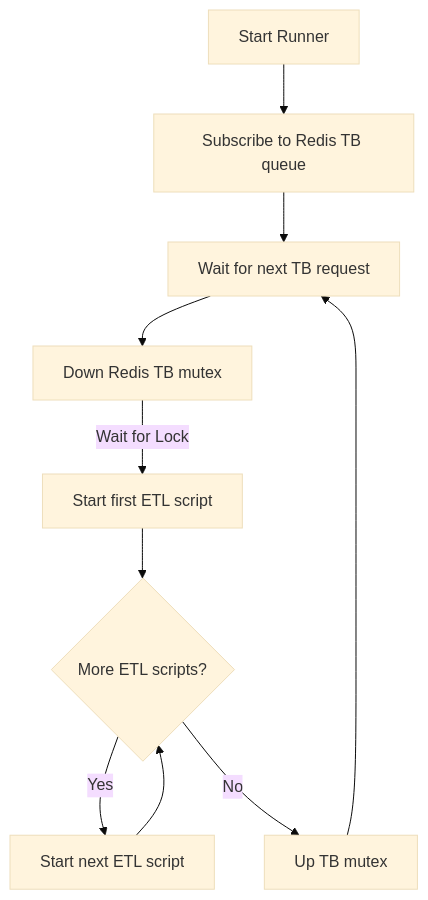
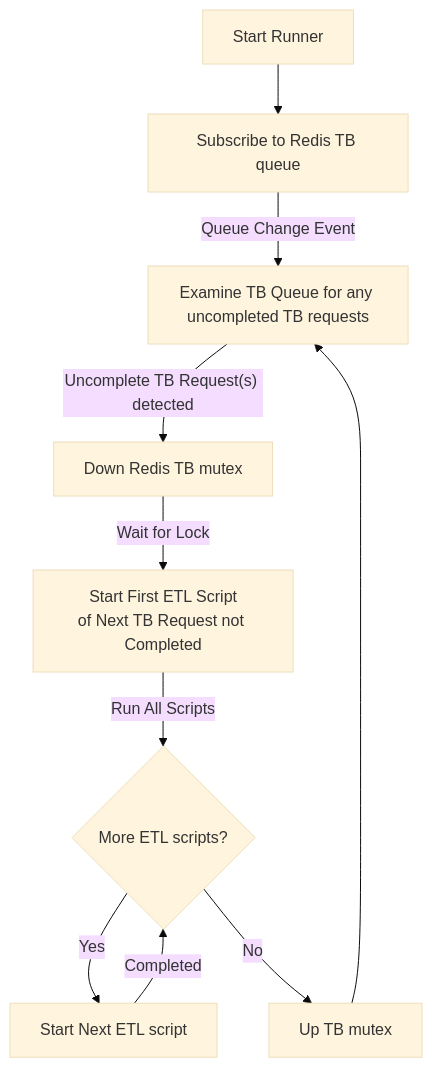
One commit to brentgroves/repsys changed the diagram in development/report_system/trial_balance_runner_flow_chart.md. Above: the diagram before and after it, drawn with Mermaid (base theme). The commit also changed 20 other files, not shown here.

````diff
--- a/development/report_system/trial_balance_runner_flow_chart.md
+++ b/development/report_system/trial_balance_runner_flow_chart.md
@@ -3,12 +3,12 @@
 ```mermaid
 flowchart TB
     start[Start Runner] --> subscribe_queue[Subscribe to Redis TB queue]
-    subscribe_queue --> wait_tb_request[Wait for next TB request] 
-    wait_tb_request --> down_mutex[Down Redis TB mutex]
-    down_mutex -- Wait for Lock --> start_first_script[Start first ETL script]
-    start_first_script --> more_scripts{More ETL scripts?}
-    more_scripts -- Yes --> start_next_script[Start next ETL script]
-    start_next_script --> more_scripts
+    subscribe_queue -- Queue Change Event --> wait_tb_request[Examine TB Queue for any uncompleted TB requests] 
+    wait_tb_request -- Uncomplete TB Request(s) detected --> down_mutex[Down Redis TB mutex]
+    down_mutex -- Wait for Lock --> start_first_script_not_completed[Start First ETL Script\nof Next TB Request not Completed]
+    start_first_script_not_completed -- Run All Scripts -->
+    more_scripts{More ETL scripts?} -- Yes --> start_next_script[Start Next ETL script]
+    start_next_script -- Completed --> more_scripts
     more_scripts -- No --> up_mutex[Up TB mutex]
-    up_mutex --> wait_tb_request[Wait for next TB request]
+    up_mutex --> wait_tb_request
 ```
````
